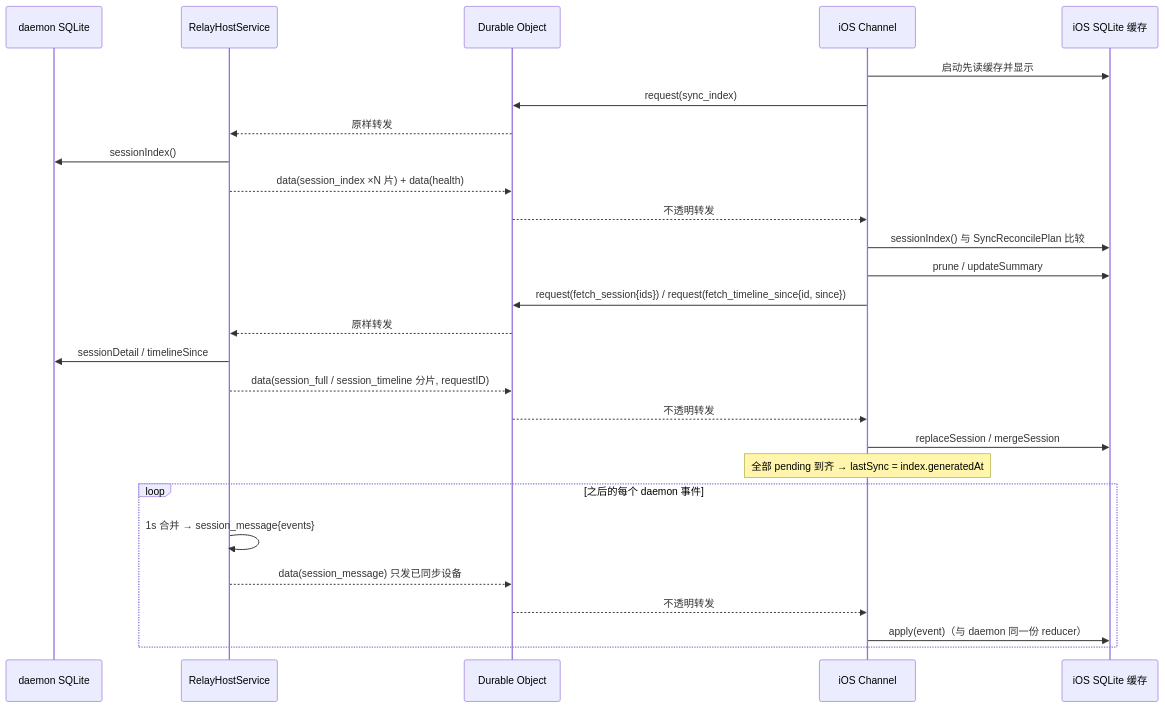
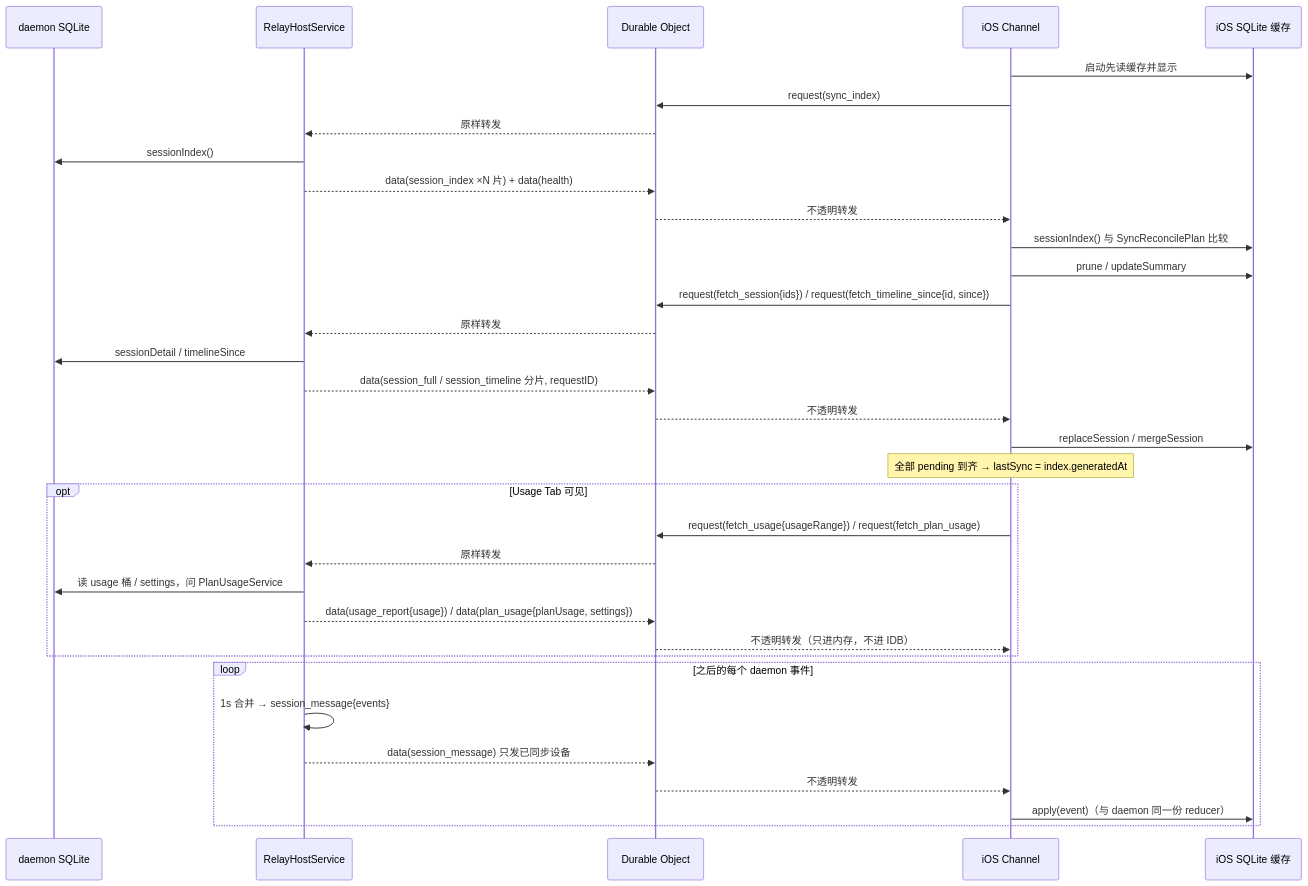
One commit to AFutureD/Lumi changed the second of 2 diagrams in docs/design/data-communication-storage.md. Above: the diagram before and after it, drawn with Mermaid. The commit also changed other lines of this file and 87 other files, not shown here.

````diff
--- a/docs/design/data-communication-storage.md
+++ b/docs/design/data-communication-storage.md
@@ -151,30 +167,37 @@
 ```mermaid
 sequenceDiagram
     participant D as daemon SQLite
     participant H as RelayHostService
     participant R as Durable Object
     participant I as iOS Channel
     participant IDB as iOS SQLite 缓存
 
     I->>IDB: 启动先读缓存并显示
     I->>R: request(sync_index)
     R-->>H: 原样转发
     H->>D: sessionIndex()
     H-->>R: data(session_index ×N 片) + data(health)
     R-->>I: 不透明转发
     I->>IDB: sessionIndex() 与 SyncReconcilePlan 比较
     I->>IDB: prune / updateSummary
     I->>R: request(fetch_session{ids}) / request(fetch_timeline_since{id, since})
     R-->>H: 原样转发
     H->>D: sessionDetail / timelineSince
     H-->>R: data(session_full / session_timeline 分片, requestID)
     R-->>I: 不透明转发
     I->>IDB: replaceSession / mergeSession
     Note over I: 全部 pending 到齐 → lastSync = index.generatedAt
+    opt Usage Tab 可见
+        I->>R: request(fetch_usage{usageRange}) / request(fetch_plan_usage)
+        R-->>H: 原样转发
+        H->>D: 读 usage 桶 / settings，问 PlanUsageService
+        H-->>R: data(usage_report{usage}) / data(plan_usage{planUsage, settings})
+        R-->>I: 不透明转发（只进内存，不进 IDB）
+    end
     loop 之后的每个 daemon 事件
         H->>H: 1s 合并 → session_message{events}
         H-->>R: data(session_message) 只发已同步设备
         R-->>I: 不透明转发
         I->>IDB: apply(event)（与 daemon 同一份 reducer）
     end
 ```
````
